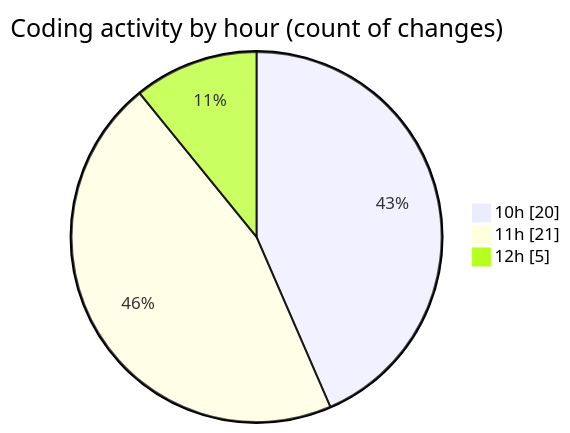
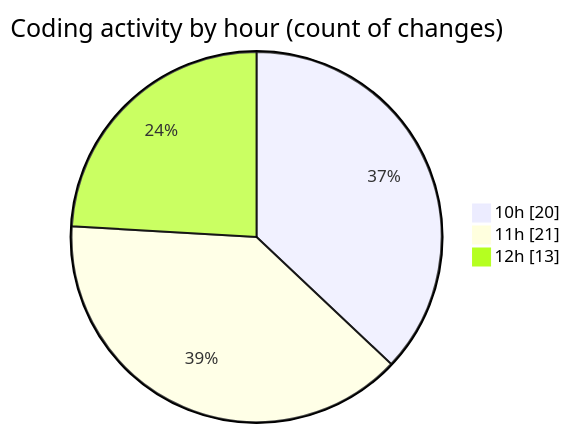
One commit to momahboobian/code-tracking changed the second of 2 diagrams in 2025-05-20/cda/README.md. Above: the diagram before and after it, drawn with Mermaid. The commit also changed other lines of this file and 1 other file, not shown here.

````diff
--- a/2025-05-20/cda/README.md
+++ b/2025-05-20/cda/README.md
@@ -42,7 +42,7 @@
 ```mermaid
 pie showData
 title Coding activity by hour (count of changes)
 "10h" : 20
 "11h" : 21
-"12h" : 5
+"12h" : 13
 ```
````
